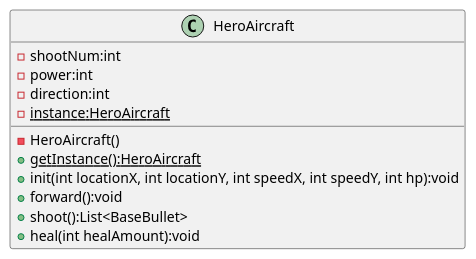
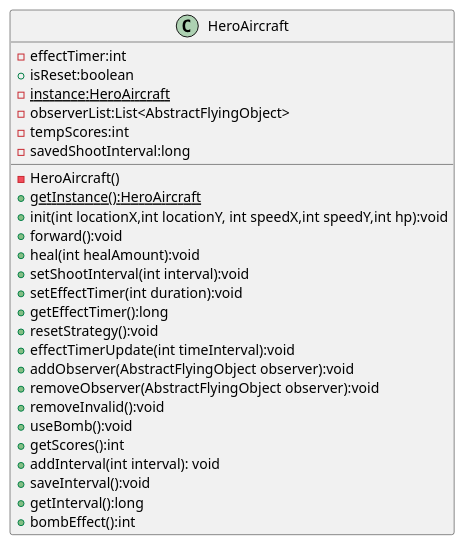
Before and after one commit to ZhouYuan307/AircraftWar: the diagram in uml/SingletonPattern.puml, drawn with PlantUML. The commit also changed 16 other files, not shown here.

Commit message:
docs: update the uml image fix: fix some small bugs refactor: delete useless functions and codes

```diff
--- a/uml/SingletonPattern.puml
+++ b/uml/SingletonPattern.puml
@@ -1,17 +1,32 @@
 @startuml
 'https://plantuml.com/class-diagram
 
 class HeroAircraft {
-    - shootNum:int
-    - power:int
-    - direction:int
-    - {static}instance:HeroAircraft
-    - HeroAircraft()
-    + {static}getInstance():HeroAircraft
-    + init(int locationX, int locationY, int speedX, int speedY, int hp):void
-    + forward():void
-    + shoot():List<BaseBullet>
-    + heal(int healAmount):void
+  - effectTimer:int
+  + isReset:boolean
+  - {static}instance:HeroAircraft
+  - observerList:List<AbstractFlyingObject>
+  - tempScores:int
+  - savedShootInterval:long
+  - HeroAircraft()
+  + {static} getInstance():HeroAircraft
+  + init(int locationX,int locationY, int speedX,int speedY,int hp):void
+  + forward():void
+  + heal(int healAmount):void
+  + setShootInterval(int interval):void
+  + setEffectTimer(int duration):void
+  + getEffectTimer():long
+  + resetStrategy():void
+  + effectTimerUpdate(int timeInterval):void
+  + addObserver(AbstractFlyingObject observer):void
+  + removeObserver(AbstractFlyingObject observer):void
+  + removeInvalid():void
+  + useBomb():void
+  + getScores():int
+  + addInterval(int interval): void
+  + saveInterval():void
+  + getInterval():long
+  + bombEffect():int
 }
 
 @enduml
```
